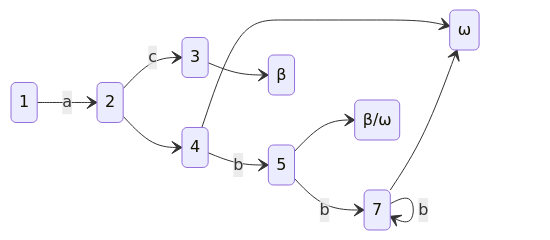
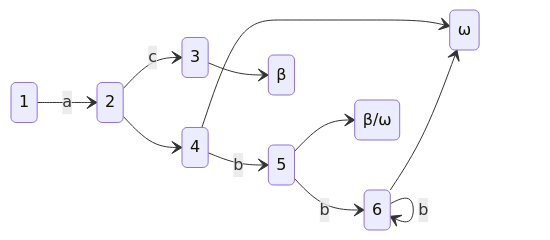
Before and after one commit to FlickerSoul/universe.observer: the second of 4 diagrams in projects/toys/kaleidoscope/index.md, drawn with Mermaid.

Commit message:
fix: fix state numbering

````diff
--- a/projects/toys/kaleidoscope/index.md
+++ b/projects/toys/kaleidoscope/index.md
@@ -101,14 +101,14 @@
 ```mermaid
 stateDiagram-v2
     direction LR
     1 --> 2: a
     2 --> 3: c
     3 --> β
     2 --> 4
     4 --> ω
     4 --> 5: b
     5 --> β/⍵
-    5 --> 7: b
-    7 --> 7: b
-    7 --> ω
+    5 --> 6: b
+    6 --> 6: b
+    6 --> ω
 ```
````
